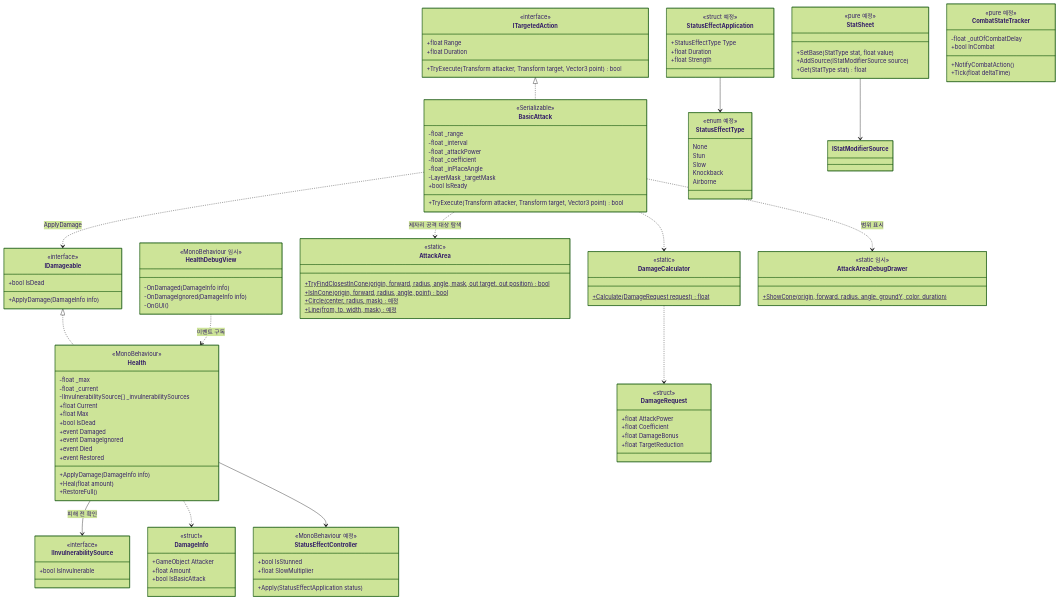
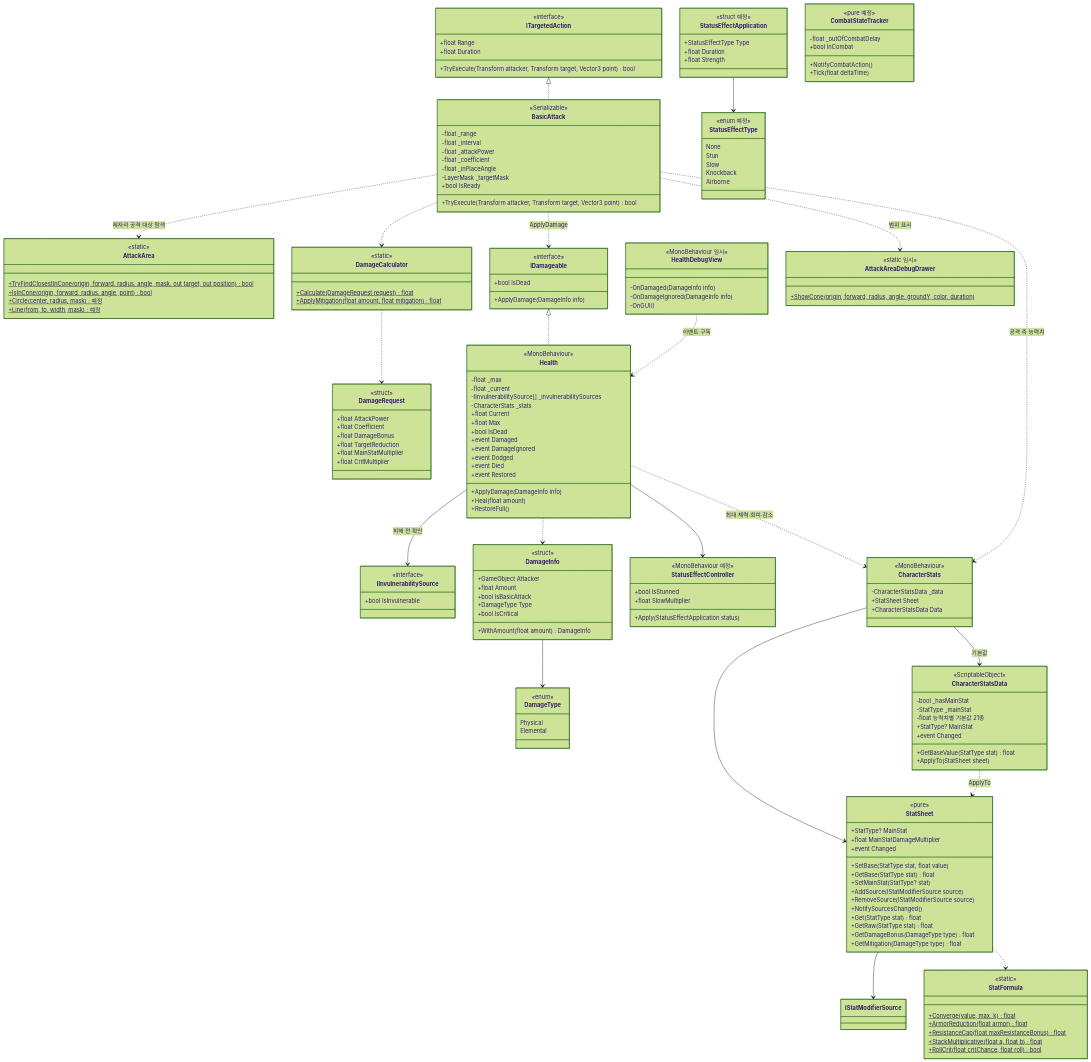
The fourth of 17 diagrams in Docs/ClassDiagram.md (lwy0810/BROKEN-SOVEREIGN), drawn with Mermaid (forest theme) before and after one commit. The commit also changed other lines of this file and 2 other files, not shown here.

First line of the commit message:
[Docs] 능력치 시스템·대상 선택 문서 반영

````diff
--- a/Docs/ClassDiagram.md
+++ b/Docs/ClassDiagram.md
@@ -270,6 +296,7 @@
         -float _max
         -float _current
         -IInvulnerabilitySource[] _invulnerabilitySources
+        -CharacterStats _stats
         +float Current
         +float Max
         +bool IsDead
@@ -278,6 +305,7 @@
         +RestoreFull()
         +event Damaged
         +event DamageIgnored
+        +event Dodged
         +event Died
         +event Restored
     }
@@ -290,6 +318,14 @@
         +GameObject Attacker
         +float Amount
         +bool IsBasicAttack
+        +DamageType Type
+        +bool IsCritical
+        +WithAmount(float amount) DamageInfo
+    }
+    class DamageType {
+        <<enum>>
+        Physical
+        Elemental
     }
     class DamageRequest {
         <<struct>>
@@ -297,10 +333,13 @@
         +float Coefficient
         +float DamageBonus
         +float TargetReduction
+        +float MainStatMultiplier
+        +float CritMultiplier
     }
     class DamageCalculator {
         <<static>>
         +Calculate(DamageRequest request)$ float
+        +ApplyMitigation(float amount, float mitigation)$ float
     }
     class ITargetedAction {
         <<interface>>
@@ -337,10 +376,44 @@
         +ShowCone(origin, forward, radius, angle, groundY, color, duration)$
     }
     class StatSheet {
-        <<pure 예정>>
+        <<pure>>
+        +StatType? MainStat
+        +float MainStatDamageMultiplier
         +SetBase(StatType stat, float value)
+        +GetBase(StatType stat) float
+        +SetMainStat(StatType? stat)
         +AddSource(IStatModifierSource source)
+        +RemoveSource(IStatModifierSource source)
+        +NotifySourcesChanged()
         +Get(StatType stat) float
+        +GetRaw(StatType stat) float
+        +GetDamageBonus(DamageType type) float
+        +GetMitigation(DamageType type) float
+        +event Changed
+    }
+    class StatFormula {
+        <<static>>
+        +Converge(value, max, k)$ float
+        +ArmorReduction(float armor)$ float
+        +ResistanceCap(float maxResistanceBonus)$ float
+        +StackMultiplicative(float a, float b)$ float
+        +RollCrit(float critChance, float roll)$ bool
+    }
+    class CharacterStats {
+        <<MonoBehaviour>>
+        -CharacterStatsData _data
+        +StatSheet Sheet
+        +CharacterStatsData Data
+    }
+    class CharacterStatsData {
+        <<ScriptableObject>>
+        -bool _hasMainStat
+        -StatType _mainStat
+        -float 능력치별 기본값 21종
+        +StatType? MainStat
+        +GetBaseValue(StatType stat) float
+        +ApplyTo(StatSheet sheet)
+        +event Changed
     }
     class StatusEffectController {
         <<MonoBehaviour 예정>>
@@ -382,4 +455,11 @@
     Health --> StatusEffectController
     StatusEffectApplication --> StatusEffectType
     StatSheet --> IStatModifierSource
+    StatSheet ..> StatFormula
+    CharacterStats --> StatSheet
+    CharacterStats --> CharacterStatsData : 기본값
+    CharacterStatsData ..> StatSheet : ApplyTo
+    Health ..> CharacterStats : 최대 체력·회피·감소
+    BasicAttack ..> CharacterStats : 공격 측 능력치
+    DamageInfo --> DamageType
 ```
````
